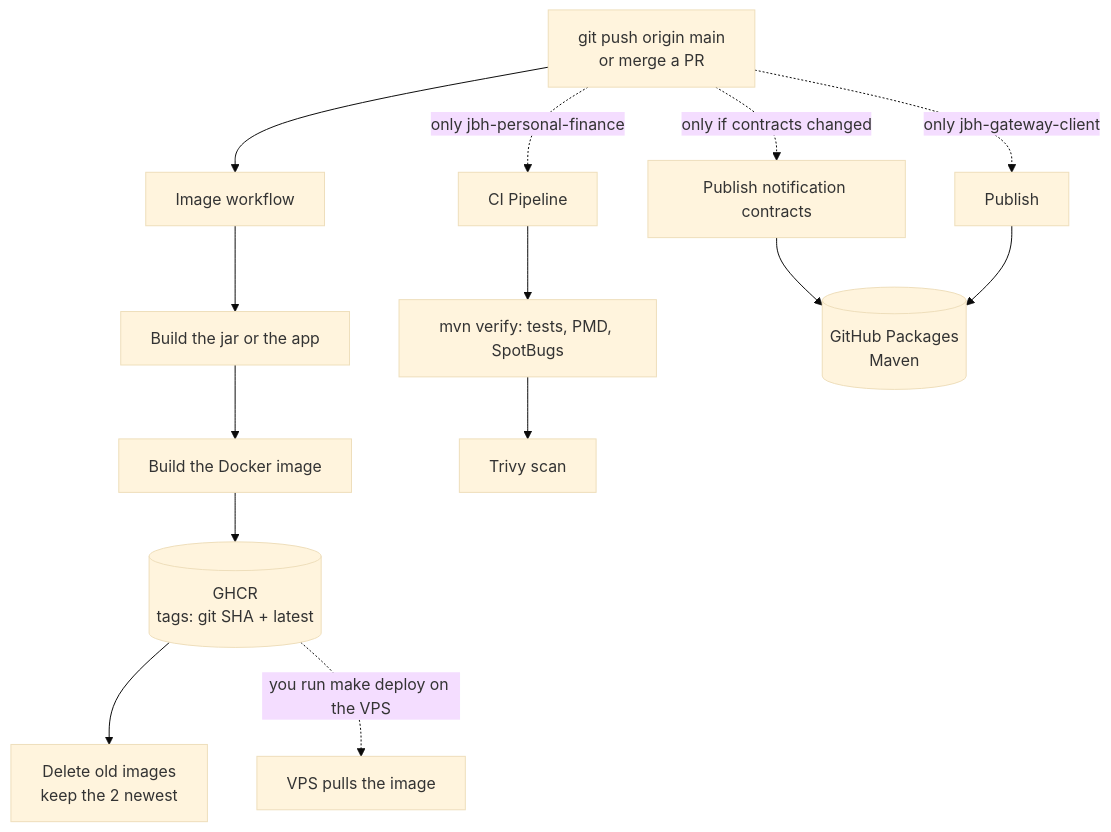
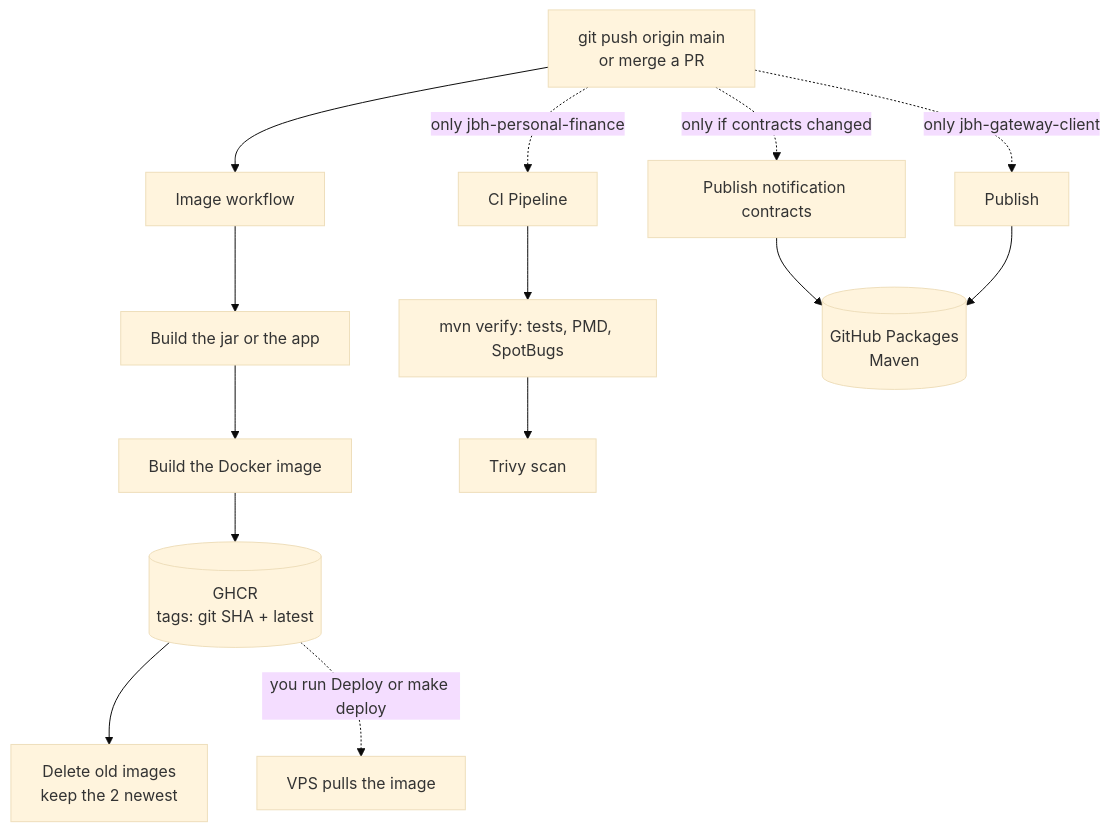
One commit to kkpa-jbh/jbh-deploy changed the diagram in CI.md. Above: the diagram before and after it, drawn with Mermaid (base theme). The commit also changed other lines of this file and 5 other files, not shown here.

First line of the commit message:
feat(deploy): add a Deploy button that deploys one service to the VPS

````diff
--- a/CI.md
+++ b/CI.md
@@ -33,20 +34,20 @@
 ```mermaid
 flowchart TD
     push[git push origin main<br/>or merge a PR] --> img[Image workflow]
     push -. only jbh-personal-finance .-> ci[CI Pipeline]
     push -. only if contracts changed .-> pc[Publish notification contracts]
     push -. only jbh-gateway-client .-> pub[Publish]
 
     img --> build[Build the jar or the app]
     build --> docker[Build the Docker image]
     docker --> ghcr[(GHCR<br/>tags: git SHA + latest)]
     ghcr --> clean[Delete old images<br/>keep the 2 newest]
 
     ci --> tests[mvn verify: tests, PMD, SpotBugs]
     tests --> trivy[Trivy scan]
 
     pc --> pkg[(GitHub Packages<br/>Maven)]
     pub --> pkg
 
-    ghcr -. you run make deploy on the VPS .-> vps[VPS pulls the image]
+    ghcr -. you run Deploy or make deploy .-> vps[VPS pulls the image]
 ```
````
